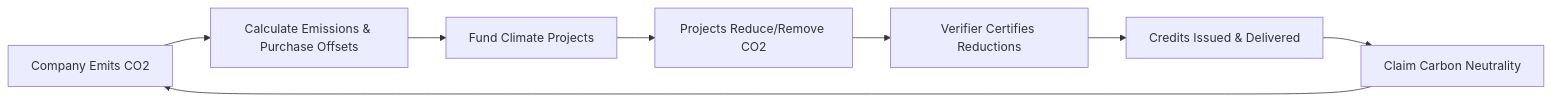
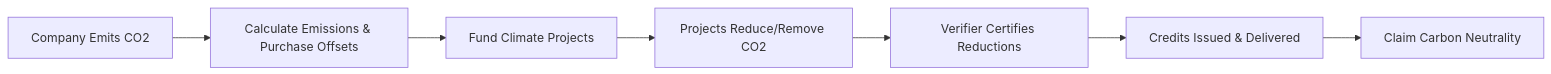
One commit to co3org/Industrial-Decarbonization changed the first of 3 diagrams in Offsetting.md. Above: the diagram before and after it, drawn with Mermaid.

Commit message:
Offsetting diagrams fixes

````diff
--- a/Offsetting.md
+++ b/Offsetting.md
@@ -42,10 +42,9 @@
 ```mermaid
 graph LR
     A[Company Emits CO2] --> B[Calculate Emissions & Purchase Offsets]
     B --> C[Fund Climate Projects]
     C --> D[Projects Reduce/Remove CO2]
     D --> E[Verifier Certifies Reductions]
     E --> F[Credits Issued & Delivered]
     F --> G[Claim Carbon Neutrality]
-    G --> A
 ```
````
